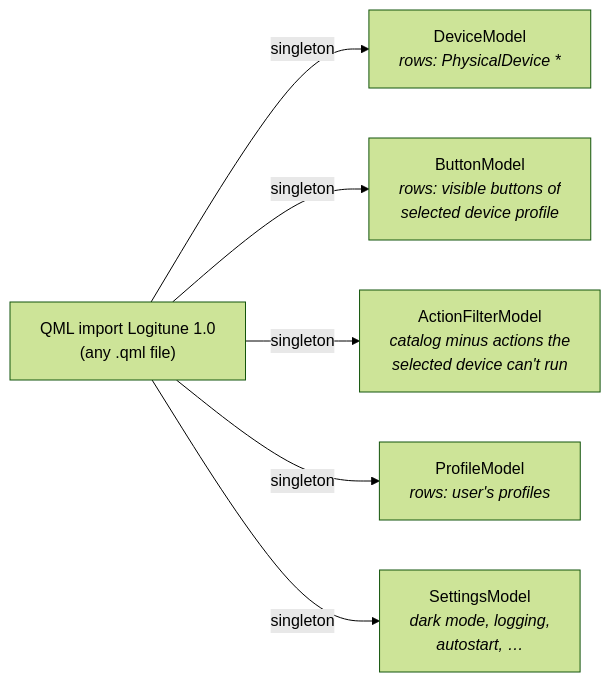
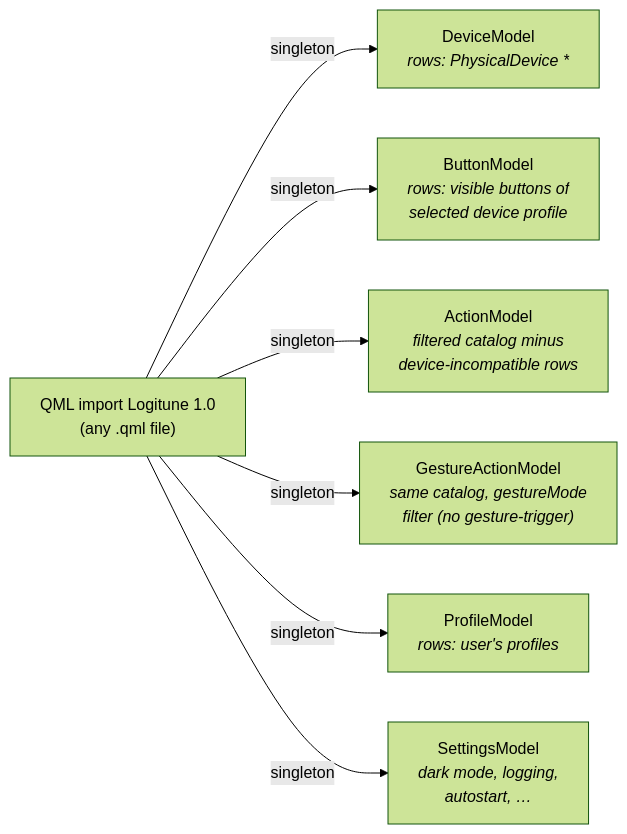
Before and after one commit to mmaher88/logitune: the eighth of 15 diagrams in docs/wiki/Architecture.md, drawn with Mermaid (forest theme). The commit also changed other lines of this file and 55 other files, not shown here.

````diff
--- a/docs/wiki/Architecture.md
+++ b/docs/wiki/Architecture.md
@@ -578,16 +593,18 @@
 ```mermaid
 flowchart LR
     QML["QML import Logitune 1.0<br/>(any .qml file)"]
 
     DM["DeviceModel<br/><i>rows: PhysicalDevice *</i>"]
     BM["ButtonModel<br/><i>rows: visible buttons of<br/>selected device profile</i>"]
-    AFM["ActionFilterModel<br/><i>catalog minus actions the<br/>selected device can't run</i>"]
+    AFM["ActionModel<br/><i>filtered catalog minus<br/>device-incompatible rows</i>"]
+    GAM["GestureActionModel<br/><i>same catalog, gestureMode<br/>filter (no gesture-trigger)</i>"]
     PM["ProfileModel<br/><i>rows: user's profiles</i>"]
     SM["SettingsModel<br/><i>dark mode, logging,<br/>autostart, …</i>"]
 
     QML -->|singleton| DM
     QML -->|singleton| BM
     QML -->|singleton| AFM
+    QML -->|singleton| GAM
     QML -->|singleton| PM
     QML -->|singleton| SM
 ```
````
